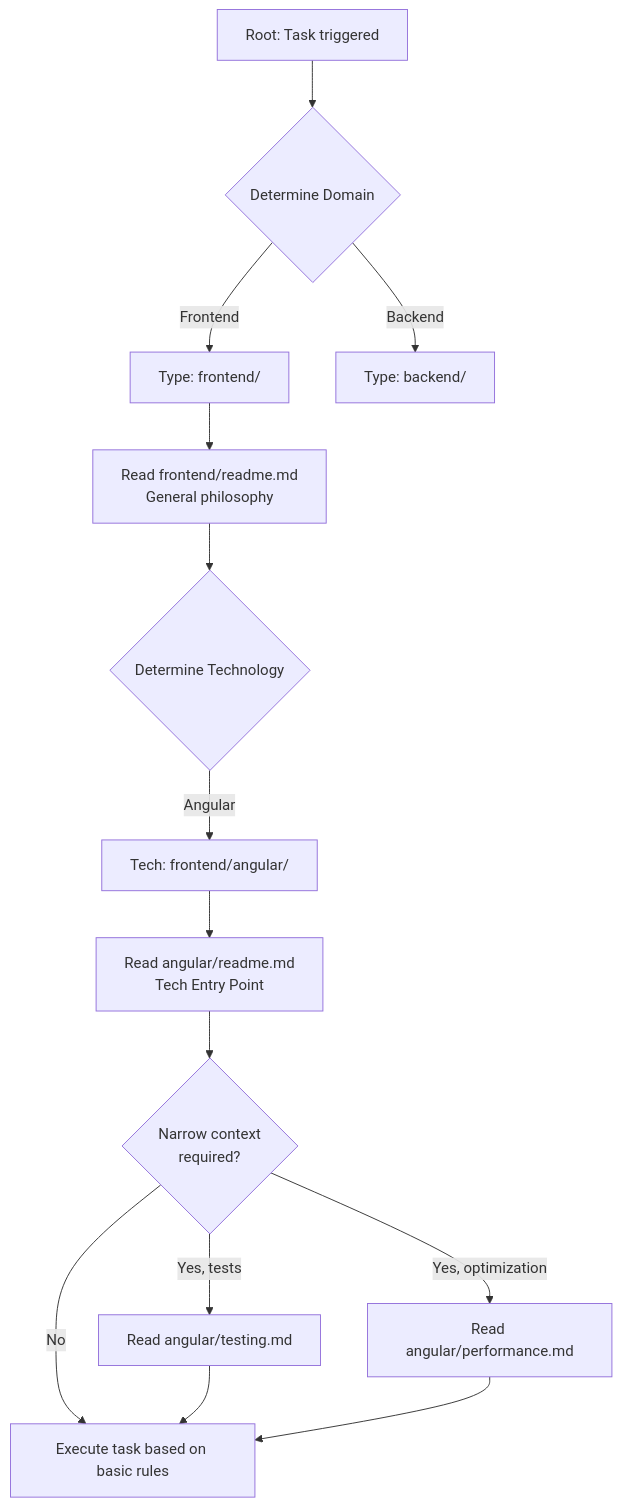
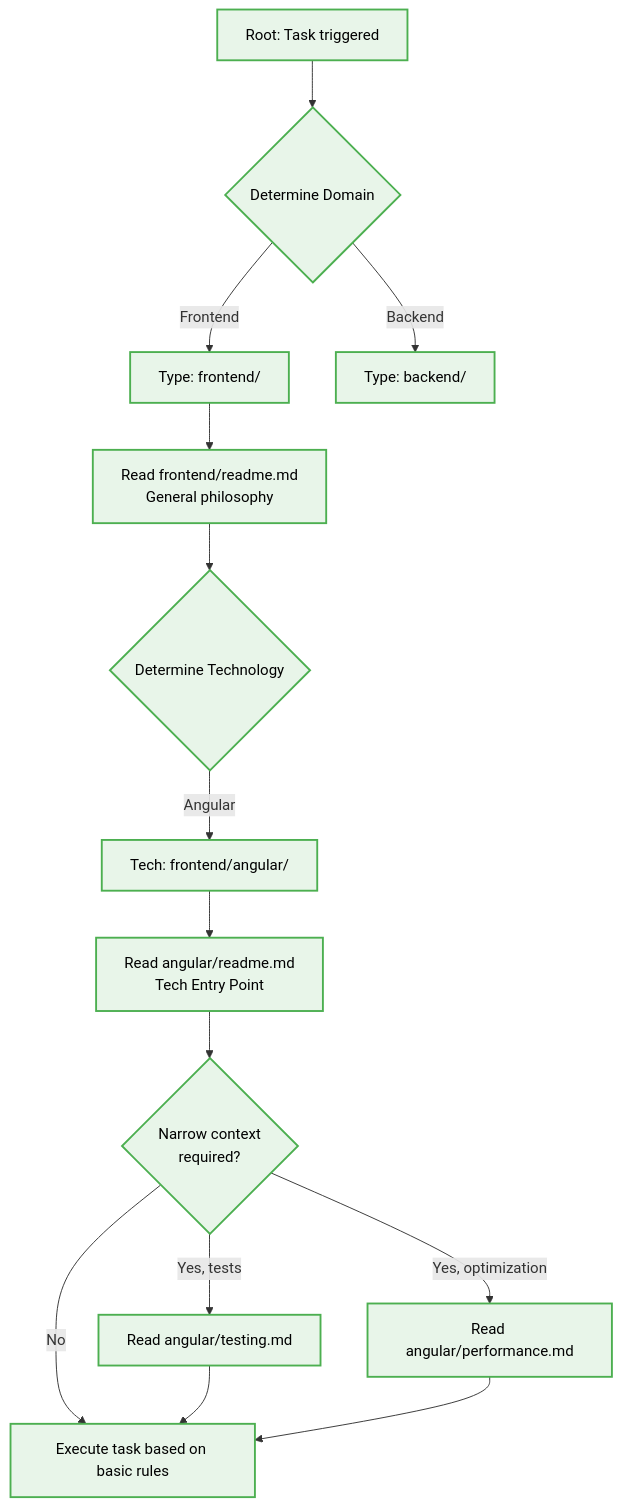
Before and after one commit to beginwebdev2002/best-practise: the diagram in .agents/rules/project-architecture.md, drawn with Mermaid. The commit also changed 20 other files, not shown here.

First line of the commit message:
docs: update mermaid diagrams with UI/UX design tokens styling

````diff
--- a/.agents/rules/project-architecture.md
+++ b/.agents/rules/project-architecture.md
@@ -43,20 +43,38 @@
 ```mermaid
 graph TD
     A[Root: Task triggered] --> B{Determine Domain}
     B -->|Frontend| C[Type: frontend/]
     B -->|Backend| D[Type: backend/]
     
     C --> C1[Read frontend/readme.md <br/>General philosophy]
     C1 --> E{Determine Technology}
     E -->|Angular| F[Tech: frontend/angular/]
     
     F --> F1[Read angular/readme.md <br/>Tech Entry Point]
     F1 --> G{Narrow context<br/>required?}
     
     G -->|Yes, tests| H[Read angular/testing.md]
     G -->|Yes, optimization| I[Read angular/performance.md]
     G -->|No| J[Execute task based on basic rules]
     
     H --> J
     I --> J
+    %% Added Design Token Styles for Mermaid Diagrams
+    classDef default fill:#e1f5fe,stroke:#03a9f4,stroke-width:2px,color:#000;
+    classDef component fill:#e8f5e9,stroke:#4caf50,stroke-width:2px,color:#000;
+    classDef layout fill:#f3e5f5,stroke:#9c27b0,stroke-width:2px,color:#000;
+
+    class C component;
+    class A component;
+    class E component;
+    class F component;
+    class G component;
+    class C1 component;
+    class H component;
+    class D component;
+    class J component;
+    class I component;
+    class F1 component;
+    class B component;
+
 ```
````
